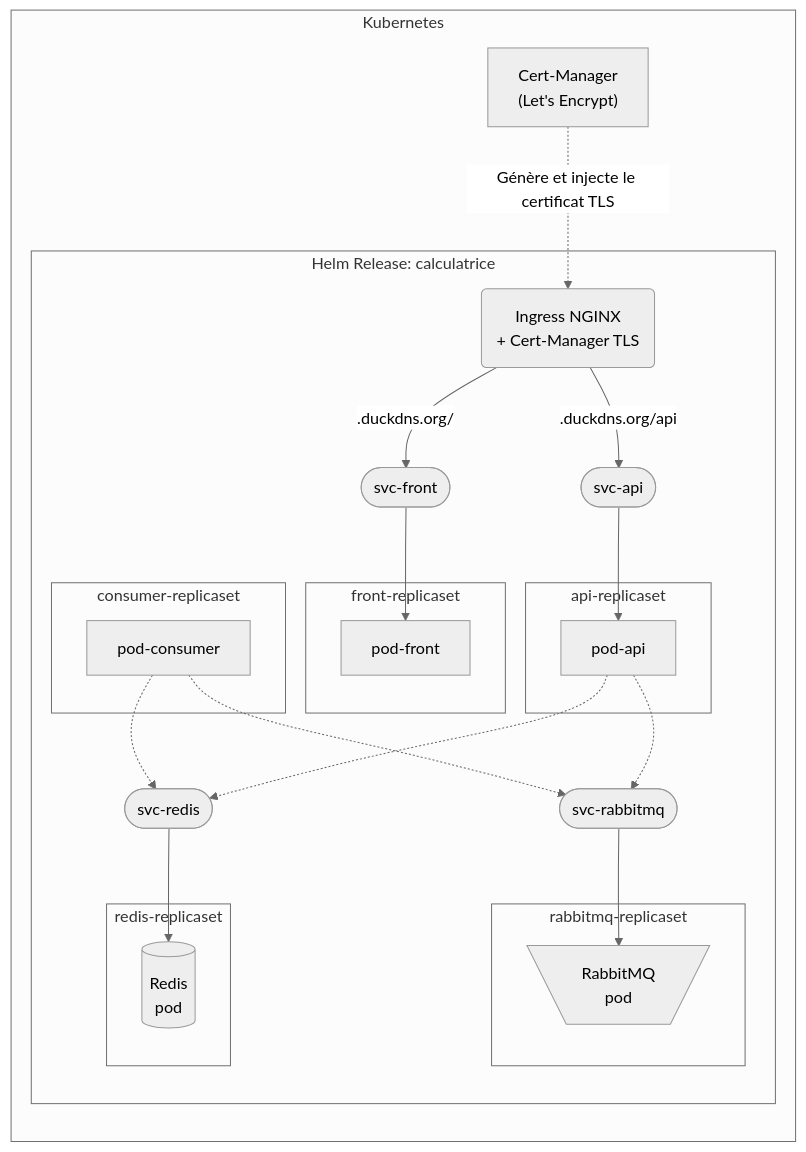
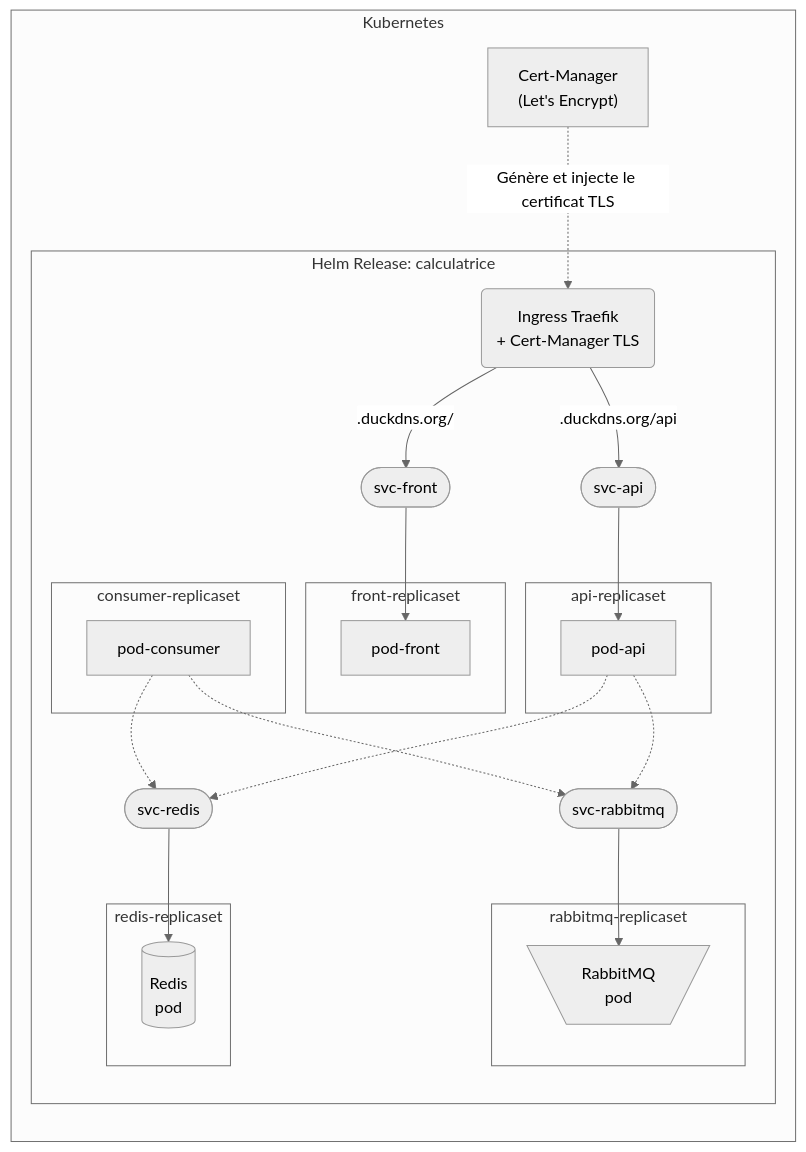
Before and after one commit to Noureddine-t/virtualisation-et-cloud-computing: the first of 4 diagrams in Helm/README.md, drawn with Mermaid (neutral theme). The commit also changed 5 other files, not shown here.

Commit message:
fix: add terraform lifecycle ignore_changes, exclude README from gha workflows and replace NGINX with Traefik Ingress in readmes

````diff
--- a/Helm/README.md
+++ b/Helm/README.md
@@ -19,39 +19,39 @@
 ```mermaid
 graph LR
     
     subgraph "Kubernetes"
         subgraph "Helm Release: calculatrice"
             subgraph "front-replicaset"
                 pod-front
             end
             
             subgraph "api-replicaset"
                 pod-api
             end
             
             subgraph "redis-replicaset"
                 pod-redis[("Redis <br> pod")]
             end
             
             subgraph "rabbitmq-replicaset"
                 pod-rabbitmq[\" RabbitMQ <br> pod"/]
             end
             
             subgraph "consumer-replicaset"
                 pod-consumer
             end
             
             svc-api([svc-api]) --> pod-api
             svc-redis([svc-redis]) --> pod-redis
             svc-rabbitmq([svc-rabbitmq]) --> pod-rabbitmq
             pod-consumer -.-> svc-rabbitmq
             pod-consumer -.-> svc-redis
             pod-api -.-> svc-redis
             pod-api -.-> svc-rabbitmq
             ing -->|"<domaine>.duckdns.org/api"| svc-api
-            ing(Ingress NGINX <br> + Cert-Manager TLS) -->|"<domaine>.duckdns.org/"| svc-front
+            ing(Ingress Traefik <br> + Cert-Manager TLS) -->|"<domaine>.duckdns.org/"| svc-front
             svc-front([svc-front]) --> pod-front
         end
         CertManager["Cert-Manager <br> (Let's Encrypt)"] -.->|"Génère et injecte le certificat TLS"| ing
     end
 ```
````
